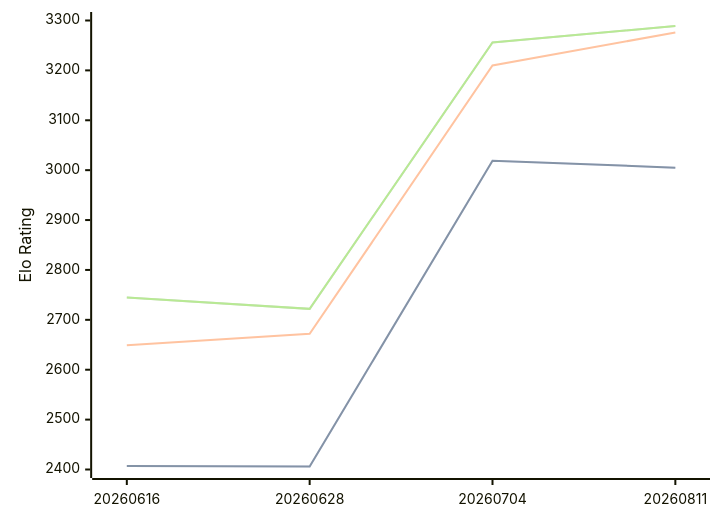
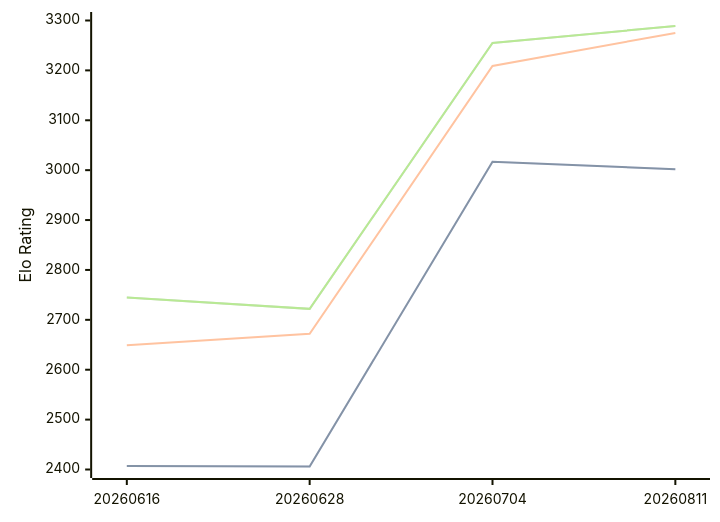
The diagram in engines/Askaig.md (computer-chess-index/cci), drawn with Mermaid before and after one commit. The commit also changed other lines of this file, not shown here.

Commit message:
Update CCI Ratings (ELO VLTC) - 2026-09-01

````diff
--- a/engines/Askaig.md
+++ b/engines/Askaig.md
@@ -36,11 +36,11 @@
 ```mermaid
 %%{init: {"theme":"base","themeVariables":{"seriesColors:['#a3a3a3','#222221','#faa371']}}}%%
 xychart-beta
   x-axis ["20260616", "20260628", "20260704", "20260811"]
   y-axis "Elo Rating" 2400 --> 3300
-  line "" [2407, 2406, 3019, 3005]
-  line "STC (8.0+0.08s)" [2407, 2406, 3019, 3005]
-  line "LTC (60.0+0.60s)" [2649, 2672, 3210, 3276]
-  line "" [2745, 2722, 3256, 3289]
-  line "VLTC (2m24s+1.12s)" [2745, 2722, 3256, 3289]
+  line "" [2407, 2406, 3017, 3002]
+  line "STC (8.0+0.08s)" [2407, 2406, 3017, 3002]
+  line "LTC (60.0+0.60s)" [2649, 2672, 3209, 3275]
+  line "" [2745, 2722, 3255, 3289]
+  line "VLTC (2m24s+1.12s)" [2745, 2722, 3255, 3289]
 ```
````
